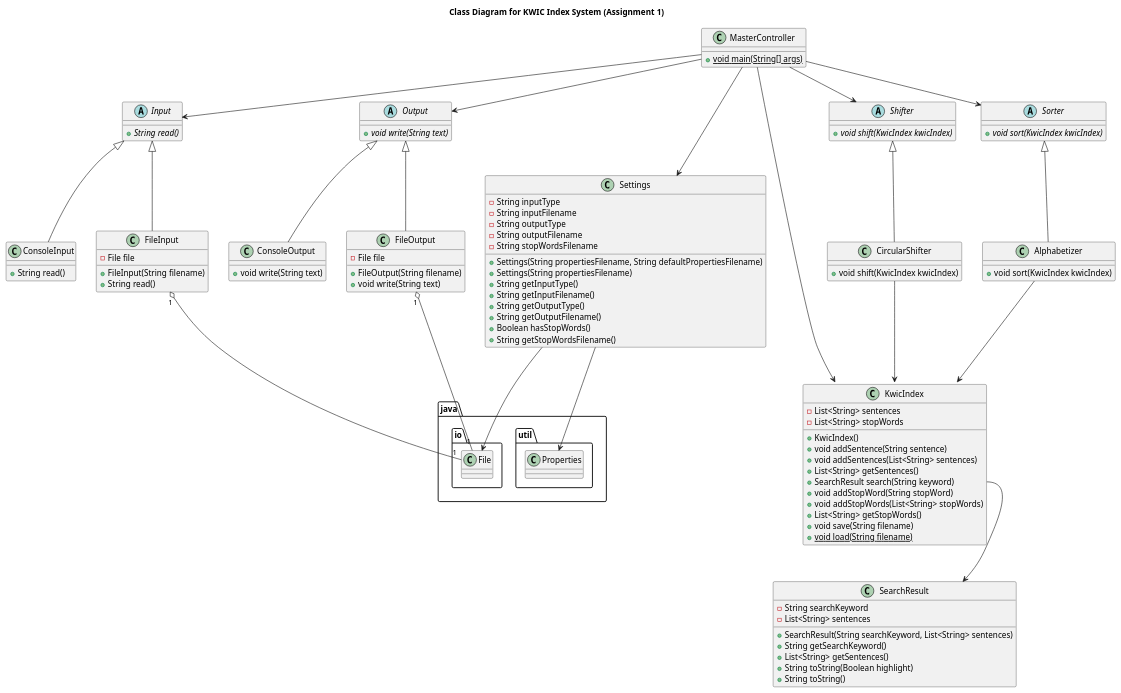
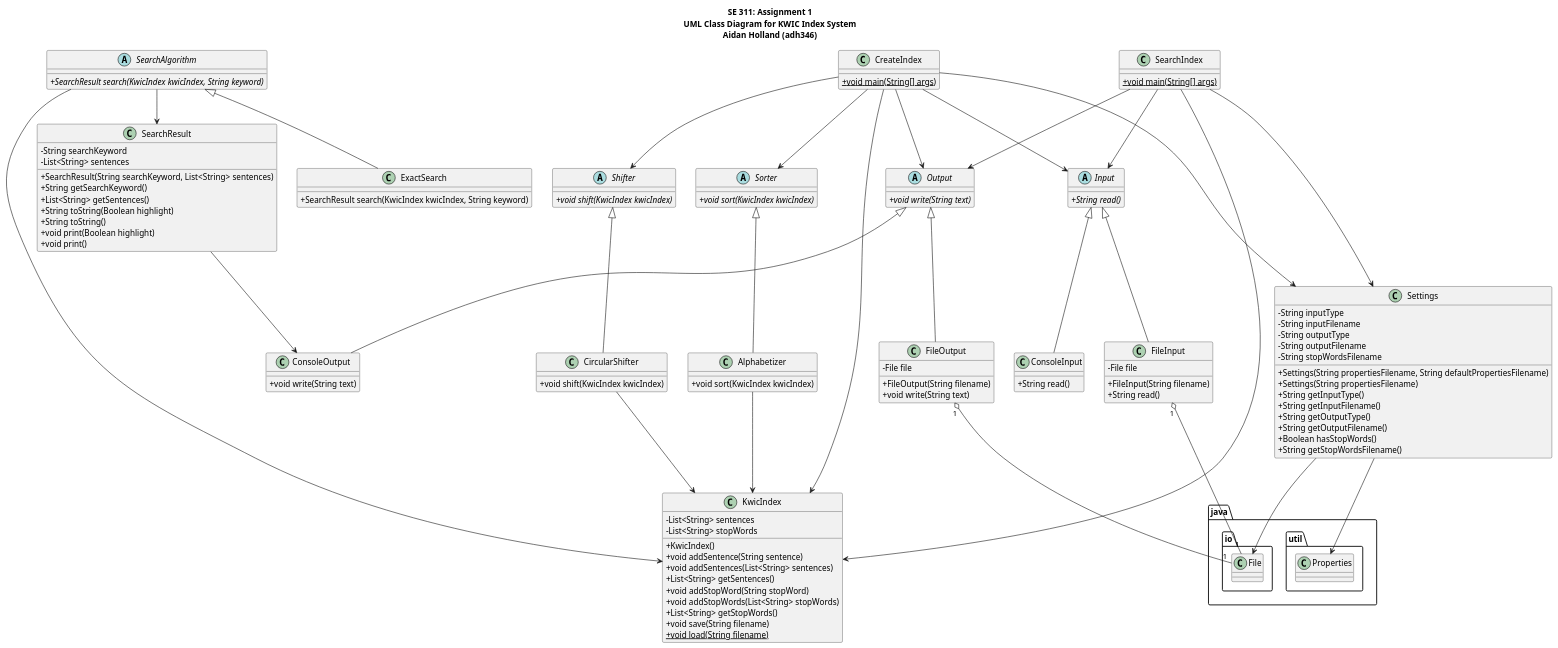
The diagram in SE 311/Assignments/Assignment1/assignment1.plantuml (thehappydinoa/DrexelWinterTerm2022-2023), drawn with PlantUML before and after one commit. The commit also changed 34 other files, not shown here.

```diff
--- a/SE 311/Assignments/Assignment1/assignment1.plantuml
+++ b/SE 311/Assignments/Assignment1/assignment1.plantuml
@@ -1,107 +1,135 @@
 @startuml SE 311 - Assignment 1
 
-title Class Diagram for KWIC Index System (Assignment 1)
+' Styles
+skinparam classAttributeIconSize 0
+
+' Title
+title
+  SE 311: Assignment 1
+  UML Class Diagram for KWIC Index System
+  Aidan Holland (adh346)
+end title
 
 abstract class Input {
   +{abstract} String read()
 }
 
 class ConsoleInput extends Input {
   +String read()
 }
 
 class FileInput extends Input {
   -File file
   +FileInput(String filename)
   +String read()
 }
 FileInput "1" o-- "1" java.io.File
 
 abstract class Output {
   +{abstract} void write(String text)
 }
 
 class ConsoleOutput extends Output {
   +void write(String text)
 }
 
 class FileOutput extends Output {
   -File file
   +FileOutput(String filename)
   +void write(String text)
 }
 FileOutput "1" o-- "1" java.io.File
 
+class KwicIndex {
+  -List<String> sentences
+  -List<String> stopWords
+  +KwicIndex()
+  +void addSentence(String sentence)
+  +void addSentences(List<String> sentences)
+  +List<String> getSentences()
+  +void addStopWord(String stopWord)
+  +void addStopWords(List<String> stopWords)
+  +List<String> getStopWords()
+  +void save(String filename)
+  +{static} void load(String filename)
+}
+
 class SearchResult {
   -String searchKeyword
   -List<String> sentences
   +SearchResult(String searchKeyword, List<String> sentences)
   +String getSearchKeyword()
   +List<String> getSentences()
   +String toString(Boolean highlight)
   +String toString()
+  +void print(Boolean highlight)
+  +void print()
 }
+SearchResult --> ConsoleOutput
 
-class KwicIndex {
-  -List<String> sentences
-  -List<String> stopWords
-  +KwicIndex()
-  +void addSentence(String sentence)
-  +void addSentences(List<String> sentences)
-  +List<String> getSentences()
-  +SearchResult search(String keyword)
-  +void addStopWord(String stopWord)
-  +void addStopWords(List<String> stopWords)
-  +List<String> getStopWords()
-  +void save(String filename)
-  +{static} void load(String filename)
+abstract class SearchAlgorithm {
+  +{abstract} SearchResult search(KwicIndex kwicIndex, String keyword)
 }
-KwicIndex::search --> SearchResult
+SearchAlgorithm --> SearchResult
+SearchAlgorithm --> KwicIndex
+
+class ExactSearch extends SearchAlgorithm {
+  +SearchResult search(KwicIndex kwicIndex, String keyword)
+}
 
 abstract class Shifter {
   +{abstract} void shift(KwicIndex kwicIndex)
 }
 
 class CircularShifter extends Shifter {
   +void shift(KwicIndex kwicIndex)
 }
 CircularShifter --> KwicIndex
 
 abstract class Sorter {
   +{abstract} void sort(KwicIndex kwicIndex)
 }
 
 class Alphabetizer extends Sorter {
   +void sort(KwicIndex kwicIndex)
 }
 Alphabetizer --> KwicIndex
 
 class Settings {
   -String inputType
   -String inputFilename
   -String outputType
   -String outputFilename
   -String stopWordsFilename
   +Settings(String propertiesFilename, String defaultPropertiesFilename)
   +Settings(String propertiesFilename)
   +String getInputType()
   +String getInputFilename()
   +String getOutputType()
   +String getOutputFilename()
   +Boolean hasStopWords()
   +String getStopWordsFilename()
 }
 Settings --> java.util.Properties
 Settings --> java.io.File
 
-class MasterController {
+' CLI Classes
+class CreateIndex {
   +{static} void main(String[] args)
 }
-MasterController --> Settings
-MasterController --> KwicIndex
-MasterController --> Input
-MasterController --> Shifter
-MasterController --> Sorter
-MasterController --> Output
+CreateIndex --> Settings
+CreateIndex --> KwicIndex
+CreateIndex --> Input
+CreateIndex --> Shifter
+CreateIndex --> Sorter
+CreateIndex --> Output
+
+class SearchIndex {
+  +{static} void main(String[] args)
+}
+SearchIndex --> Settings
+SearchIndex --> KwicIndex
+SearchIndex --> Input
+SearchIndex --> Output
 
 @enduml
```
